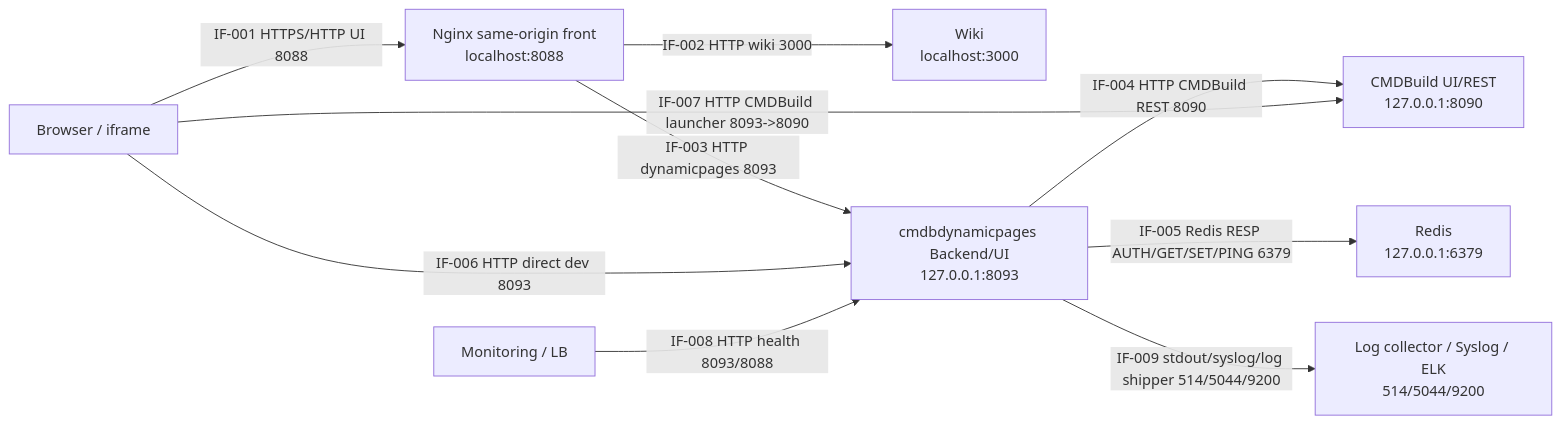
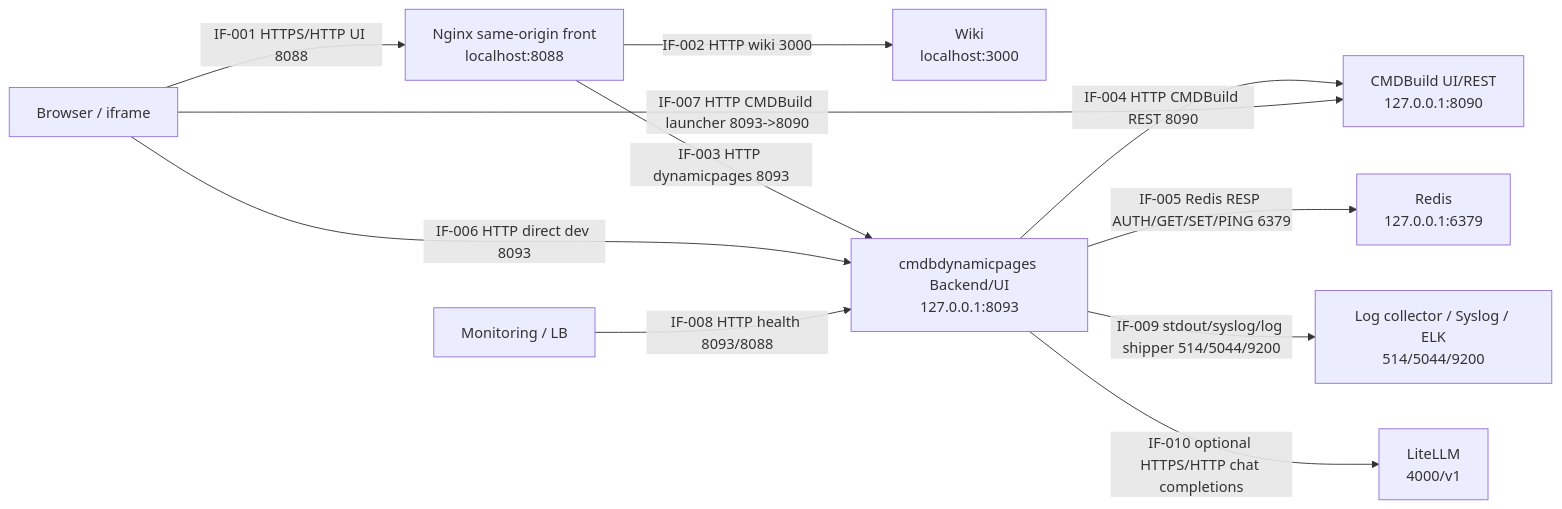
One commit to igorlyapin-max/cmdbdynamicpages changed the diagram in aa/information-model.md. Above: the diagram before and after it, drawn with Mermaid. The commit also changed other lines of this file and 41 other files, not shown here.

````diff
--- a/aa/information-model.md
+++ b/aa/information-model.md
@@ -5,21 +5,23 @@
 ```mermaid
 flowchart LR
   Browser[Browser / iframe]
   Nginx[Nginx same-origin front<br/>localhost:8088]
   Wiki[Wiki<br/>localhost:3000]
   Backend[cmdbdynamicpages Backend/UI<br/>127.0.0.1:8093]
   CMDB[CMDBuild UI/REST<br/>127.0.0.1:8090]
   Redis[Redis<br/>127.0.0.1:6379]
+  LLM[LiteLLM<br/>4000/v1]
   Monitor[Monitoring / LB]
   Logs[Log collector / Syslog / ELK<br/>514/5044/9200]
 
   Browser -->|IF-001 HTTPS/HTTP UI 8088| Nginx
   Nginx -->|IF-002 HTTP wiki 3000| Wiki
   Nginx -->|IF-003 HTTP dynamicpages 8093| Backend
   Backend -->|IF-004 HTTP CMDBuild REST 8090| CMDB
   Backend -->|IF-005 Redis RESP AUTH/GET/SET/PING 6379| Redis
   Browser -->|IF-006 HTTP direct dev 8093| Backend
   Browser -->|IF-007 HTTP CMDBuild launcher 8093->8090| CMDB
   Monitor -->|IF-008 HTTP health 8093/8088| Backend
   Backend -->|IF-009 stdout/syslog/log shipper 514/5044/9200| Logs
+  Backend -->|IF-010 optional HTTPS/HTTP chat completions| LLM
 ```
````
